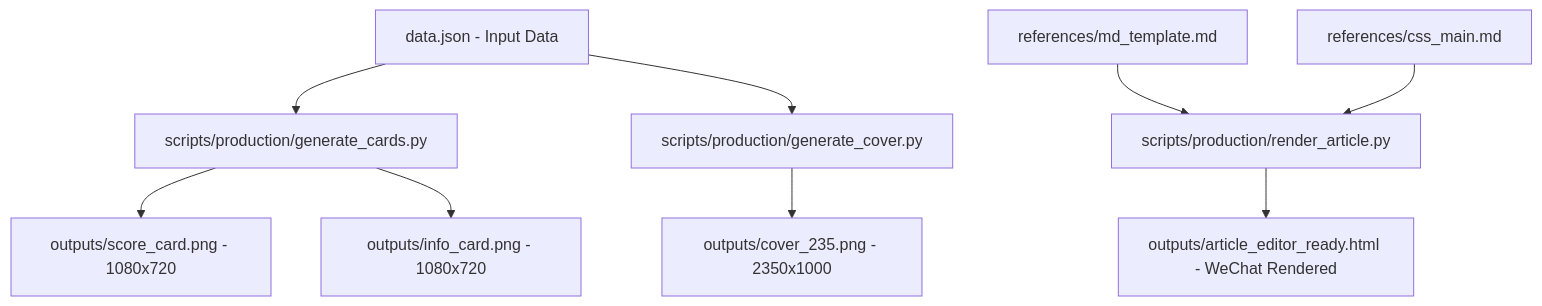
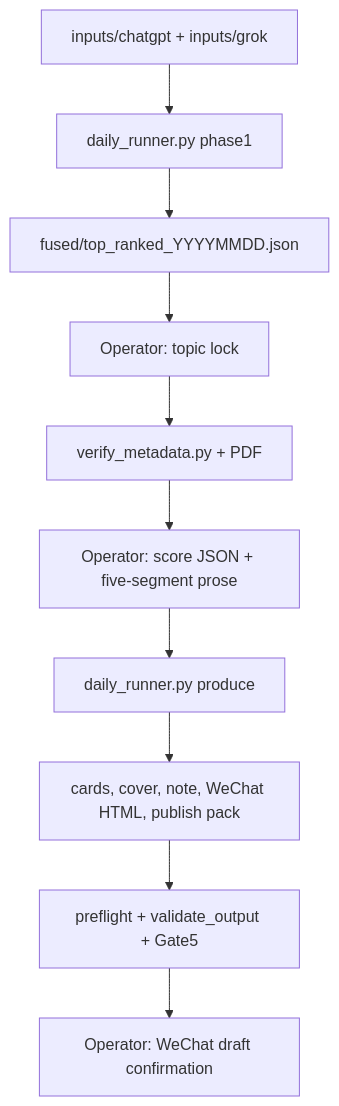
The diagram in README.md (flylocus/paper-notes), drawn with Mermaid before and after one commit. The commit also changed other lines of this file, not shown here.

First line of the commit message:
docs(readme): lead with the production loop and publish gates

````diff
--- a/README.md
+++ b/README.md
@@ -147,11 +227,12 @@
 ```mermaid
 graph TD
-    A[data.json - Input Data] --> B[scripts/production/generate_cards.py]
-    A --> C[scripts/production/generate_cover.py]
-    B --> D[outputs/score_card.png - 1080x720]
-    B --> E[outputs/info_card.png - 1080x720]
-    C --> F[outputs/cover_235.png - 2350x1000]
-    G[references/md_template.md] --> H[scripts/production/render_article.py]
-    I[references/css_main.md] --> H
-    H --> J[outputs/article_editor_ready.html - WeChat Rendered]
+    A[inputs/chatgpt + inputs/grok] --> B[daily_runner.py phase1]
+    B --> C[fused/top_ranked_YYYYMMDD.json]
+    C --> D[Operator: topic lock]
+    D --> E[verify_metadata.py + PDF]
+    E --> F[Operator: score JSON + five-segment prose]
+    F --> G[daily_runner.py produce]
+    G --> H[cards, cover, note, WeChat HTML, publish pack]
+    H --> I[preflight + validate_output + Gate5]
+    I --> J[Operator: WeChat draft confirmation]
 ```
````
